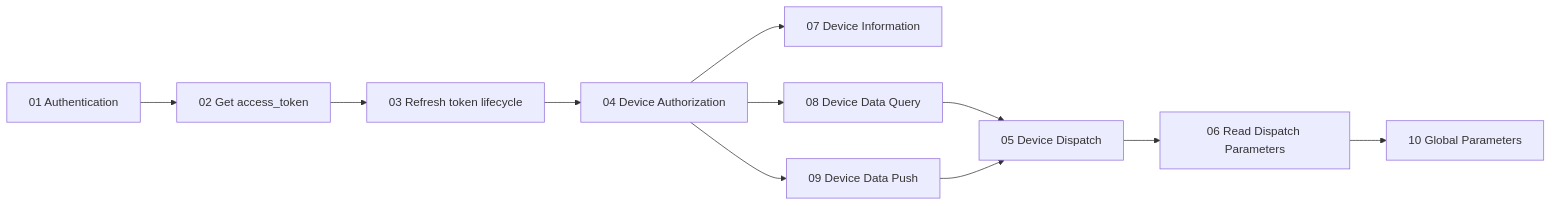
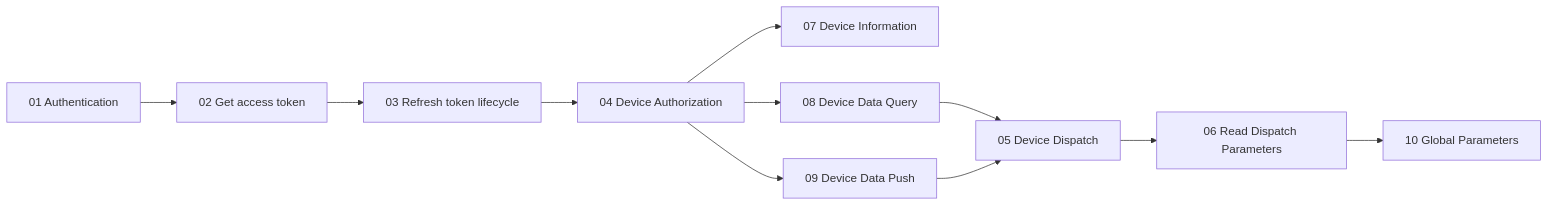
One commit to EugeneJian/growatt-unified-api changed the diagram in Growatt API/OPENAPI/README.md. Above: the diagram before and after it, drawn with Mermaid. The commit also changed 12 other files, not shown here.

First line of the commit message:
[docs]已按你给的 Mermaid代码的终极准则 4.1 对仓库内 全部 Mermaid 做了加固。

````diff
--- a/Growatt API/OPENAPI/README.md
+++ b/Growatt API/OPENAPI/README.md
@@ -9,13 +9,14 @@
 ```mermaid
+%% 本代码严格遵循AI生成Mermaid代码的终极准则v4.1（Mermaid终极大师）
 flowchart LR
-    A[01 Authentication] --> B[02 Get access_token]
-    B --> C[03 Refresh token lifecycle]
-    C --> D[04 Device Authorization]
-    D --> E[07 Device Information]
-    D --> F[08 Device Data Query]
-    D --> G[09 Device Data Push]
-    F --> H[05 Device Dispatch]
-    H --> I[06 Read Dispatch Parameters]
+    A["01 Authentication"] --> B["02 Get access token"]
+    B --> C["03 Refresh token lifecycle"]
+    C --> D["04 Device Authorization"]
+    D --> E["07 Device Information"]
+    D --> F["08 Device Data Query"]
+    D --> G["09 Device Data Push"]
+    F --> H["05 Device Dispatch"]
+    H --> I["06 Read Dispatch Parameters"]
     G --> H
-    I --> J[10 Global Parameters]
+    I --> J["10 Global Parameters"]
 ```
````
